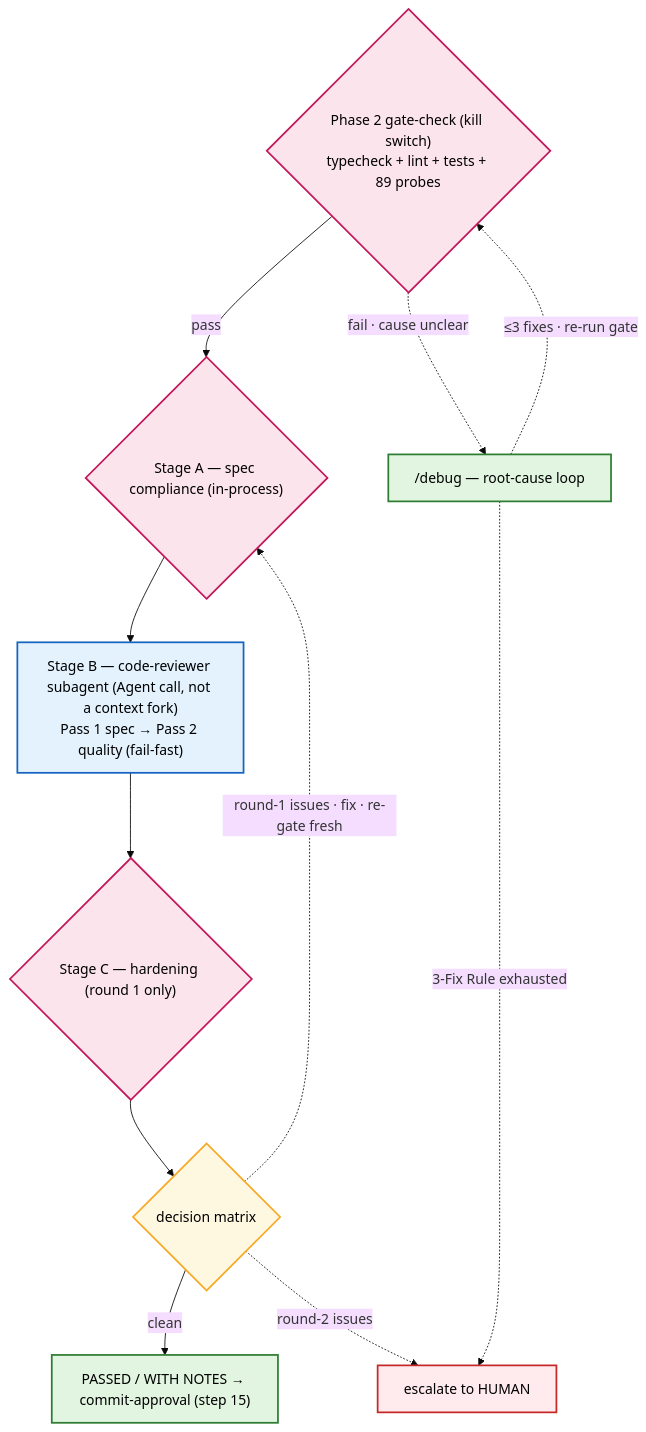
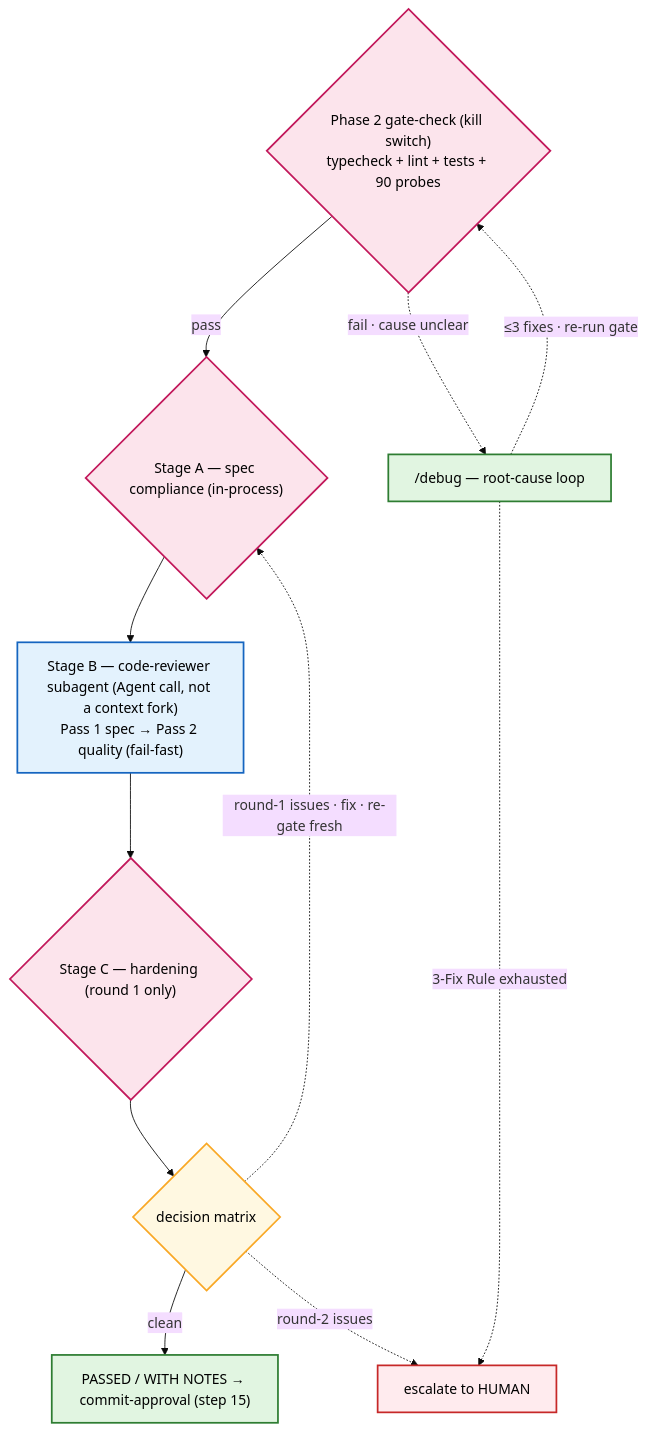
One commit to nesquikm/dev-process-toolkit changed the fourth of 6 diagrams in plugins/dev-process-toolkit/docs/workflow-overview.md. Above: the diagram before and after it, drawn with Mermaid (base theme). The commit also changed other lines of this file and 39 other files, not shown here.

First line of the commit message:
feat(skills/gate-check): register the reuse probe and wire the knob

````diff
--- a/plugins/dev-process-toolkit/docs/workflow-overview.md
+++ b/plugins/dev-process-toolkit/docs/workflow-overview.md
@@ -124,25 +124,25 @@
 ```mermaid
 flowchart TD
     classDef eval fill:#fce4ec,stroke:#c2185b,stroke-width:2px,color:#000
     classDef fork fill:#e3f2fd,stroke:#1565c0,stroke-width:2px,color:#000
     classDef gate fill:#fff8e1,stroke:#f9a825,stroke-width:2px,color:#000
     classDef skill fill:#e1f5e1,stroke:#2e7d32,stroke-width:2px,color:#000
     classDef esc fill:#ffebee,stroke:#c62828,stroke-width:2px,color:#000
 
-    gate{"Phase 2 gate-check (kill switch)<br/>typecheck + lint + tests + 89 probes"}:::eval
+    gate{"Phase 2 gate-check (kill switch)<br/>typecheck + lint + tests + 90 probes"}:::eval
     debug["/debug — root-cause loop"]:::skill
     stageA{"Stage A — spec compliance (in-process)"}:::eval
     stageB["Stage B — code-reviewer subagent (Agent call, not a context fork)<br/>Pass 1 spec → Pass 2 quality (fail-fast)"]:::fork
     stageC{"Stage C — hardening (round 1 only)"}:::eval
     decide{"decision matrix"}:::gate
     pass["PASSED / WITH NOTES → commit-approval (step 15)"]:::skill
     esc["escalate to HUMAN"]:::esc
 
     gate -->|"pass"| stageA --> stageB --> stageC --> decide
     gate -.->|"fail · cause unclear"| debug
     debug -.->|"≤3 fixes · re-run gate"| gate
     debug -.->|"3-Fix Rule exhausted"| esc
     decide -->|"clean"| pass
     decide -.->|"round-1 issues · fix · re-gate fresh"| stageA
     decide -.->|"round-2 issues"| esc
 ```
````
